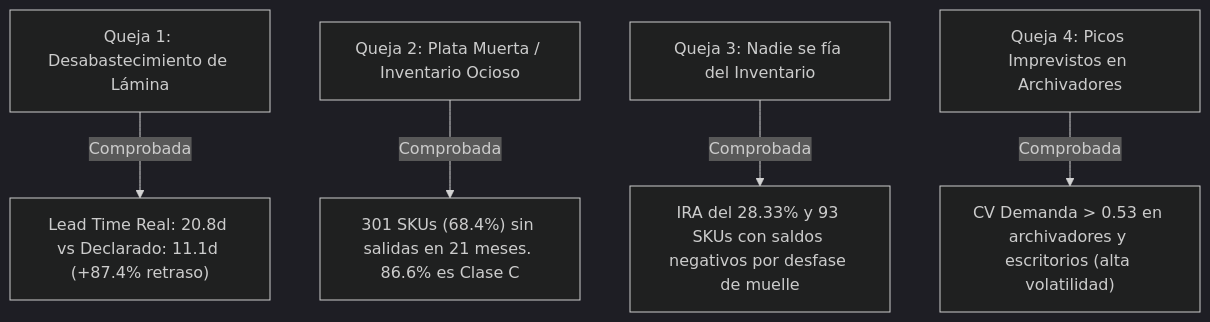
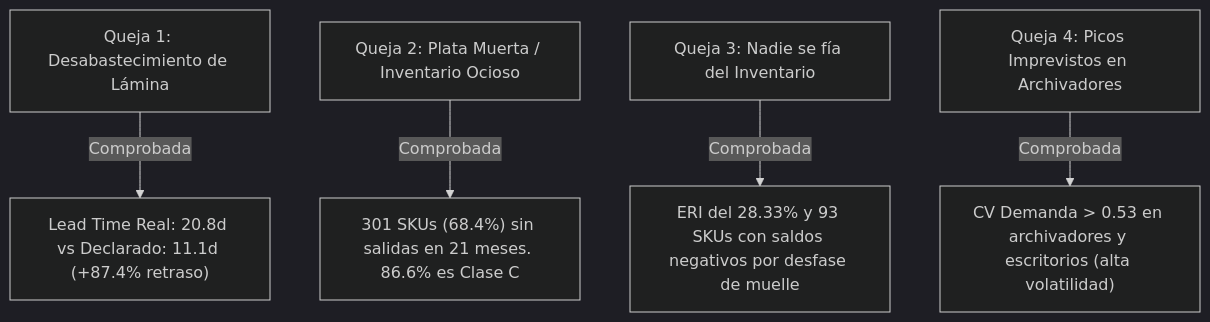
The second of 2 diagrams in informes/BITACORA_DE_LIMPIEZA.md (juliancarmotrice-star/E2), drawn with Mermaid (dark theme) before and after one commit. The commit also changed other lines of this file and 15 other files, not shown here.

Commit message:
docs: harmonize SLA and ERI terminology across all reports and align architecture section 6 baseline figures

````diff
--- a/informes/BITACORA_DE_LIMPIEZA.md
+++ b/informes/BITACORA_DE_LIMPIEZA.md
@@ -269,7 +269,7 @@
 ```mermaid
 graph TD
     Q1["Queja 1: Desabastecimiento de Lámina"] -->|Comprobada| R1["Lead Time Real: 20.8d vs Declarado: 11.1d (+87.4% retraso)"]
     Q2["Queja 2: Plata Muerta / Inventario Ocioso"] -->|Comprobada| R2["301 SKUs (68.4%) sin salidas en 21 meses. 86.6% es Clase C"]
-    Q3["Queja 3: Nadie se fía del Inventario"] -->|Comprobada| R3["IRA del 28.33% y 93 SKUs con saldos negativos por desfase de muelle"]
+    Q3["Queja 3: Nadie se fía del Inventario"] -->|Comprobada| R3["ERI del 28.33% y 93 SKUs con saldos negativos por desfase de muelle"]
     Q4["Queja 4: Picos Imprevistos en Archivadores"] -->|Comprobada| R4["CV Demanda > 0.53 en archivadores y escritorios (alta volatilidad)"]
 ```
````
